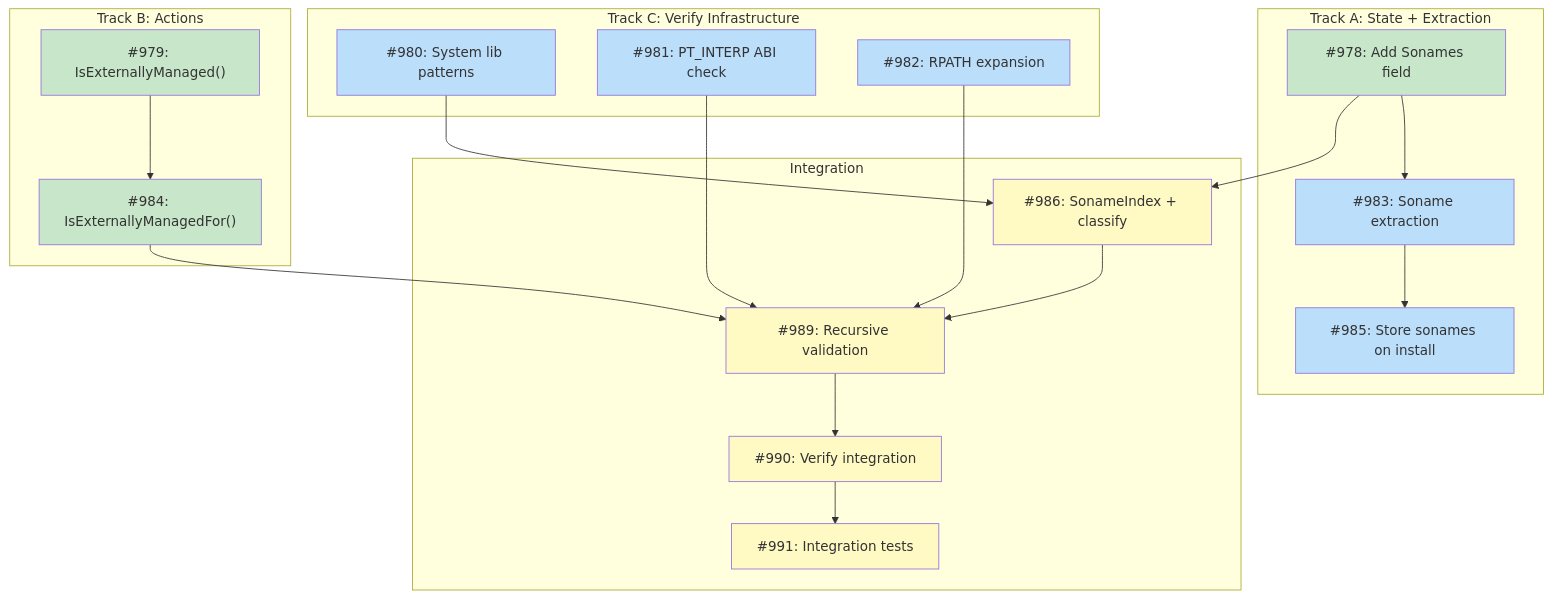
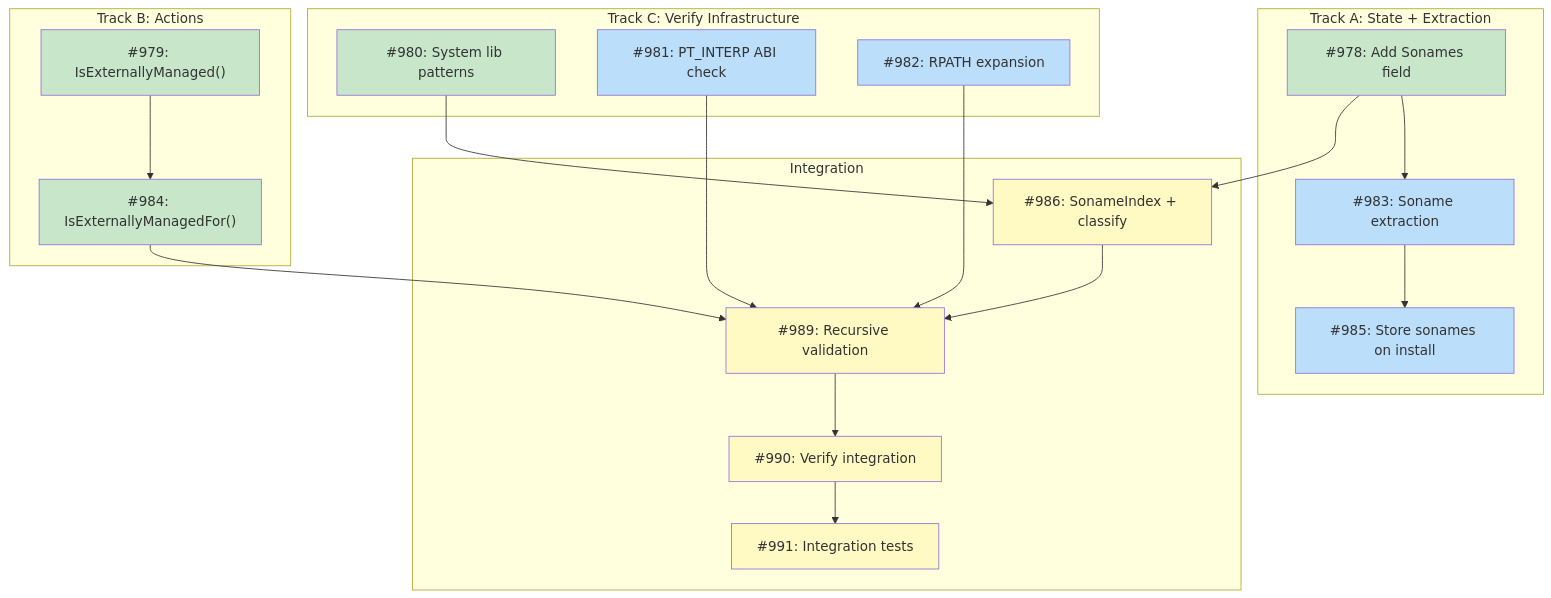
The diagram in docs/designs/DESIGN-library-verify-deps.md (tsukumogami/tsuku), drawn with Mermaid before and after one commit. The commit also changed 2 other files, not shown here.

Commit message:
feat(verify): implement system library pattern matching (#996)
Add SystemLibraryRegistry with 47 patterns to identify OS-provided
libraries on Linux and macOS. This enables Tier 2 dependency validation
to correctly classify system libraries vs tsuku-managed libraries.

Pattern categories:
- Linux soname patterns (18): vDSO, loaders, glibc, GCC runtime
- Darwin soname patterns (10): libSystem, libc++, frameworks
- Linux path patterns (12): multiarch and FHS directories
- Darwin path patterns (2): /usr/lib/, /System/Library/
- Path variable prefixes (5): $ORIGIN, @rpath, etc.

````diff
--- a/docs/designs/DESIGN-library-verify-deps.md
+++ b/docs/designs/DESIGN-library-verify-deps.md
@@ -26,47 +26,47 @@
 ```mermaid
 graph TD
     subgraph TrackA["Track A: State + Extraction"]
         I978["#978: Add Sonames field"]
         I983["#983: Soname extraction"]
         I985["#985: Store sonames on install"]
     end
 
     subgraph TrackB["Track B: Actions"]
         I979["#979: IsExternallyManaged()"]
         I984["#984: IsExternallyManagedFor()"]
     end
 
     subgraph TrackC["Track C: Verify Infrastructure"]
         I980["#980: System lib patterns"]
         I981["#981: PT_INTERP ABI check"]
         I982["#982: RPATH expansion"]
     end
 
     subgraph Integration["Integration"]
         I986["#986: SonameIndex + classify"]
         I989["#989: Recursive validation"]
         I990["#990: Verify integration"]
         I991["#991: Integration tests"]
     end
 
     I978 --> I983
     I983 --> I985
     I979 --> I984
     I978 --> I986
     I980 --> I986
     I981 --> I989
     I982 --> I989
     I984 --> I989
     I986 --> I989
     I989 --> I990
     I990 --> I991
 
     classDef done fill:#c8e6c9
     classDef ready fill:#bbdefb
     classDef blocked fill:#fff9c4
     classDef needsDesign fill:#e1bee7
 
-    class I978,I979,I984 done
-    class I980,I981,I982,I983,I985 ready
+    class I978,I979,I980,I984 done
+    class I981,I982,I983,I985 ready
     class I986,I989,I990,I991 blocked
 ```
````
